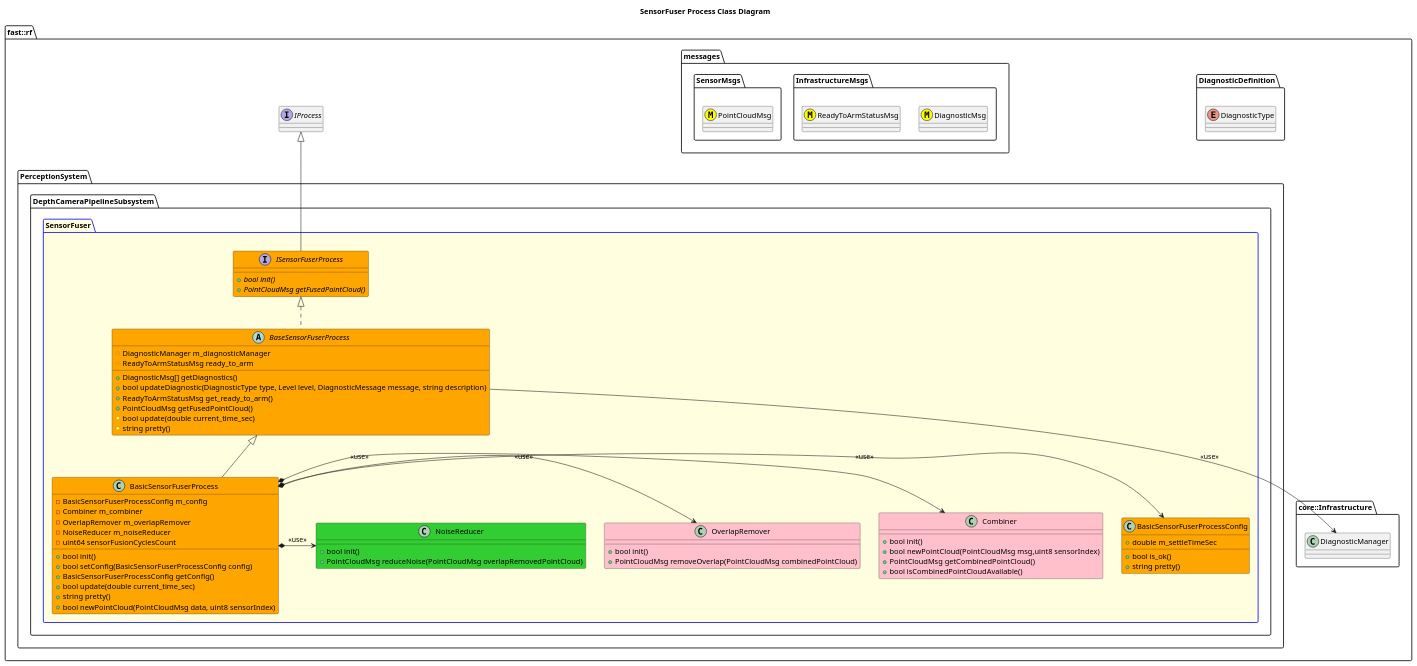
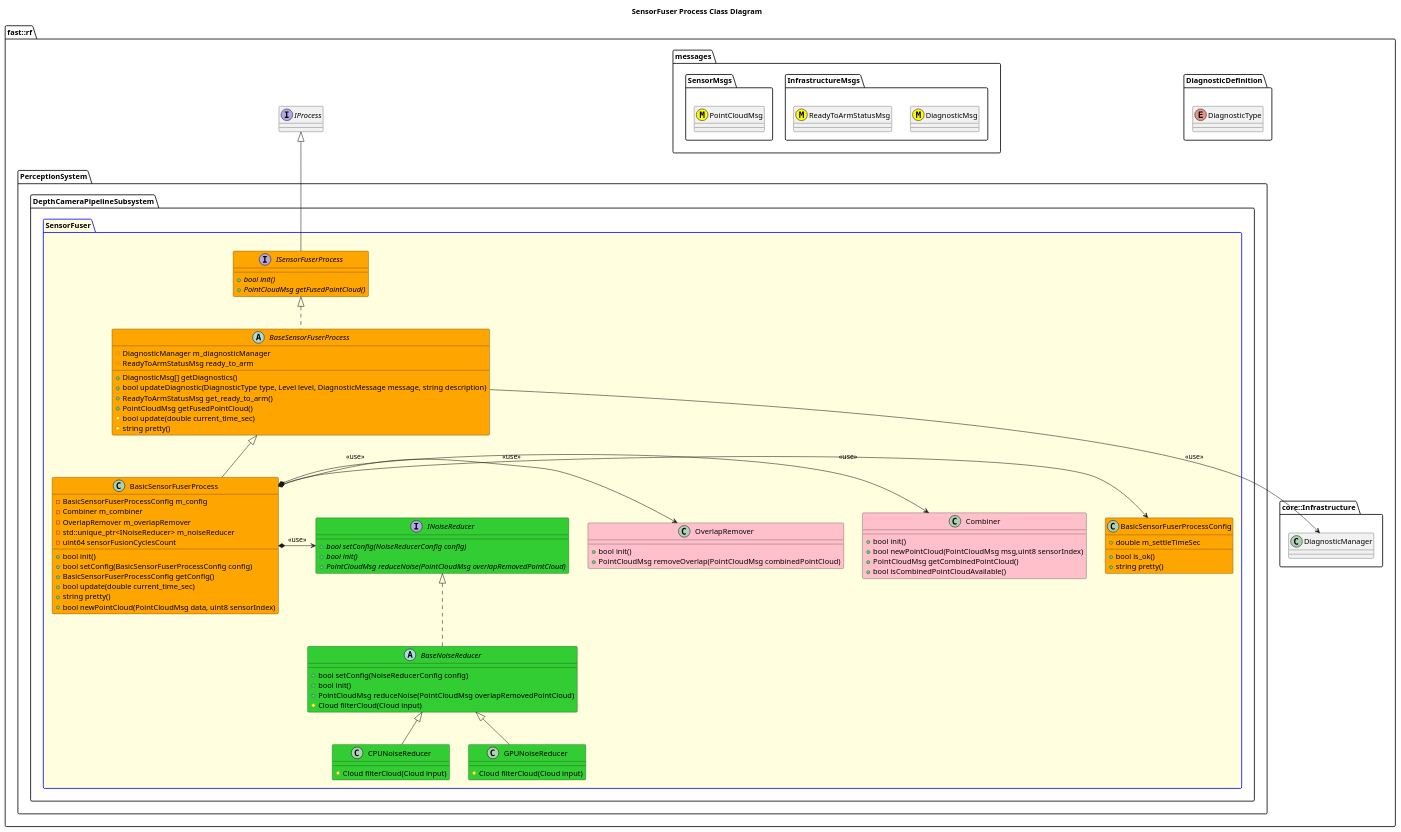
One commit to fastrobotics/robot_framework changed the diagram in Systems/Perception/Subsystems/DepthCameraPipeline/Processes/SensorFuser/doc/puml/SensorFuserProcessClassDiagram.puml. Above: the diagram before and after it, drawn with PlantUML. The commit also changed 18 other files, not shown here.

```diff
--- a/Systems/Perception/Subsystems/DepthCameraPipeline/Processes/SensorFuser/doc/puml/SensorFuserProcessClassDiagram.puml
+++ b/Systems/Perception/Subsystems/DepthCameraPipeline/Processes/SensorFuser/doc/puml/SensorFuserProcessClassDiagram.puml
@@ -2,83 +2,99 @@
 @startuml
 title SensorFuser Process Class Diagram
 
 namespace fast::rf {
     namespace DiagnosticDefinition {
         enum DiagnosticType
     }
     namespace messages {
         namespace InfrastructureMsgs {
             class DiagnosticMsg <<(M,#FFFF00)>>
             class ReadyToArmStatusMsg <<(M,#FFFF00)>>
         }
         namespace SensorMsgs {
             class PointCloudMsg <<(M,#FFFF00)>>
         }
     }
     namespace core::Infrastructure {
         class DiagnosticManager
     }
     interface IProcess
     namespace PerceptionSystem {
         namespace DepthCameraPipelineSubsystem {
             package SensorFuser #LightYellow;line:blue {
                 class Combiner #Pink {
                     +bool init()
                     +bool newPointCloud(PointCloudMsg msg,uint8 sensorIndex)
                     +PointCloudMsg getCombinedPointCloud()
                     +bool isCombinedPointCloudAvailable()
                 }
                 class OverlapRemover #Pink {
                     +bool init()
                     +PointCloudMsg removeOverlap(PointCloudMsg combinedPointCloud)
                 }
-                class NoiseReducer #LimeGreen {
+                interface INoiseReducer #LimeGreen {
+                    +{abstract} bool setConfig(NoiseReducerConfig config)
+                    +{abstract} bool init()
+                    +{abstract} PointCloudMsg reduceNoise(PointCloudMsg overlapRemovedPointCloud)
+                }
+                abstract BaseNoiseReducer #LimeGreen {
+                    +bool setConfig(NoiseReducerConfig config)
                     +bool init()
                     +PointCloudMsg reduceNoise(PointCloudMsg overlapRemovedPointCloud)
+                    #Cloud filterCloud(Cloud input)
                 }
+                class CPUNoiseReducer #LimeGreen {
+                    #Cloud filterCloud(Cloud input)
+                }
+                class GPUNoiseReducer #LimeGreen {
+                    #Cloud filterCloud(Cloud input)
+                }
+                BaseNoiseReducer .up.|> INoiseReducer
+                CPUNoiseReducer -up-|> BaseNoiseReducer
+                GPUNoiseReducer -up-|> BaseNoiseReducer
                 interface ISensorFuserProcess #Orange  {
                     +{abstract} bool init()
                     +{abstract} PointCloudMsg getFusedPointCloud()
                 }
                 ISensorFuserProcess -up-|> IProcess
                 abstract BaseSensorFuserProcess #Orange {
                     +DiagnosticMsg[] getDiagnostics()
                     +bool updateDiagnostic(DiagnosticType type, Level level, DiagnosticMessage message, string description)
                     +ReadyToArmStatusMsg get_ready_to_arm()
                     +PointCloudMsg getFusedPointCloud()
                     #bool update(double current_time_sec)
                     #string pretty()
                     #DiagnosticManager m_diagnosticManager
                     #ReadyToArmStatusMsg ready_to_arm
 
                 }
                 BaseSensorFuserProcess .up.|> ISensorFuserProcess
                 BaseSensorFuserProcess --> DiagnosticManager: <<use>>
                 class BasicSensorFuserProcessConfig #Orange {
                     +bool is_ok()
                     +string pretty()
                     +double m_settleTimeSec
                 }
                 class BasicSensorFuserProcess #Orange {
                     +bool init()
                     +bool setConfig(BasicSensorFuserProcessConfig config)
                     +BasicSensorFuserProcessConfig getConfig()
                     +bool update(double current_time_sec)
                     +string pretty()
                     +bool newPointCloud(PointCloudMsg data, uint8 sensorIndex)
                     -BasicSensorFuserProcessConfig m_config
                     -Combiner m_combiner
                     -OverlapRemover m_overlapRemover
-                    -NoiseReducer m_noiseReducer
+                    -std::unique_ptr<INoiseReducer> m_noiseReducer
                     -uint64 sensorFusionCyclesCount
                 }
                 BasicSensorFuserProcess -up-|> BaseSensorFuserProcess
                 BasicSensorFuserProcess *-> BasicSensorFuserProcessConfig: <<use>>
                 BasicSensorFuserProcess *-> Combiner: <<use>>
                 BasicSensorFuserProcess *-> OverlapRemover: <<use>>
-                BasicSensorFuserProcess *-> NoiseReducer: <<use>>
+                BasicSensorFuserProcess *-> INoiseReducer: <<use>>
             }
         }
     }
 }
 @enduml
```
